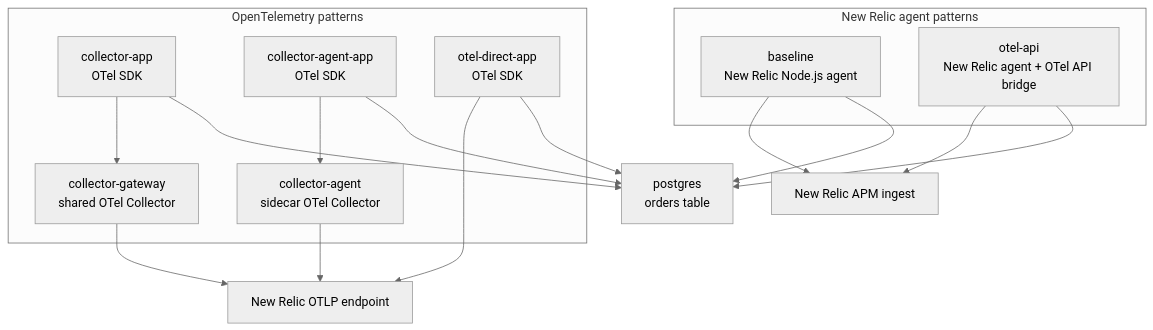
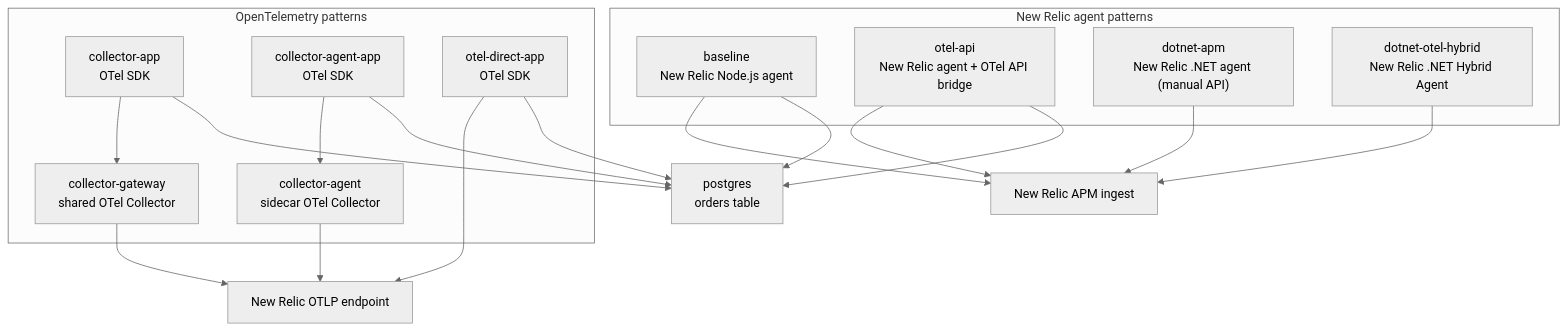
The diagram in README.md (arairyus/newrelic-apm-pattern-sample), drawn with Mermaid (neutral theme) before and after one commit. The commit also changed other lines of this file and 13 other files, not shown here.

First line of the commit message:
Add split .NET APM and OTel hybrid samples

````diff
--- a/README.md
+++ b/README.md
@@ -27,30 +29,34 @@
 ```mermaid
 flowchart TB
   subgraph NR_Agent["New Relic agent patterns"]
     baseline["baseline\nNew Relic Node.js agent"]
     otel_api["otel-api\nNew Relic agent + OTel API bridge"]
+    dotnet_apm["dotnet-apm\nNew Relic .NET agent (manual API)"]
+    dotnet_otel_hybrid["dotnet-otel-hybrid\nNew Relic .NET Hybrid Agent"]
   end
 
   subgraph OTel["OpenTelemetry patterns"]
     collector_app["collector-app\nOTel SDK"]
     collector_gateway["collector-gateway\nshared OTel Collector"]
     collector_agent_app["collector-agent-app\nOTel SDK"]
     collector_agent["collector-agent\nsidecar OTel Collector"]
     otel_direct["otel-direct-app\nOTel SDK"]
   end
 
   nr_apm["New Relic APM ingest"]
   nr_otlp["New Relic OTLP endpoint"]
   postgres["postgres\norders table"]
 
   baseline --> postgres
   otel_api --> postgres
+  dotnet_apm --> nr_apm
+  dotnet_otel_hybrid --> nr_apm
   collector_app --> postgres
   collector_agent_app --> postgres
   otel_direct --> postgres
   baseline --> nr_apm
   otel_api --> nr_apm
   collector_app --> collector_gateway --> nr_otlp
   collector_agent_app --> collector_agent --> nr_otlp
   otel_direct --> nr_otlp
 ```
````
